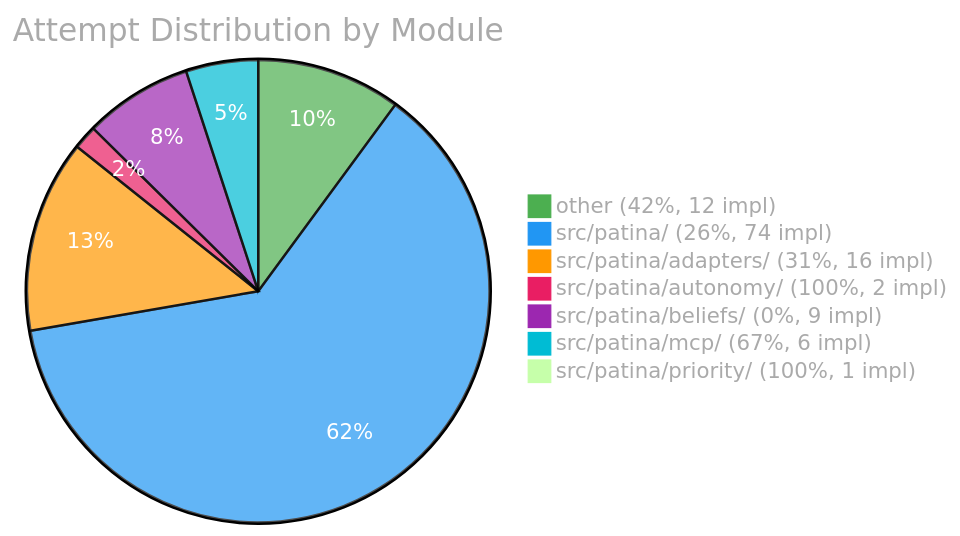
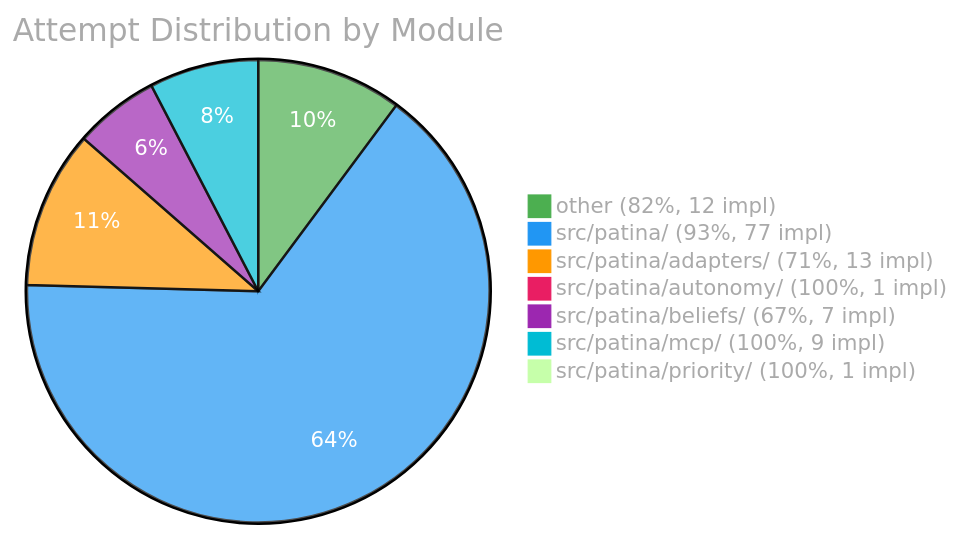
The third of 3 diagrams in EVAL.md (Bhavy-Ranka/patina), drawn with Mermaid before and after one commit. The commit also changed other lines of this file and 1 other file, not shown here.

````diff
--- a/EVAL.md
+++ b/EVAL.md
@@ -95,11 +98,11 @@
 ```mermaid
 %%{init: {'theme': 'base', 'themeVariables': {'pie1': '#4CAF50', 'pie2': '#2196F3', 'pie3': '#FF9800', 'pie4': '#E91E63', 'pie5': '#9C27B0', 'pie6': '#00BCD4', 'pieTitleTextColor': '#aaa', 'pieLegendTextColor': '#aaa', 'pieSectionTextColor': '#fff'}}}%%
 pie title Attempt Distribution by Module
-    "other (42%, 12 impl)" : 12
-    "src/patina/ (26%, 74 impl)" : 74
-    "src/patina/adapters/ (31%, 16 impl)" : 16
-    "src/patina/autonomy/ (100%, 2 impl)" : 2
-    "src/patina/beliefs/ (0%, 9 impl)" : 9
-    "src/patina/mcp/ (67%, 6 impl)" : 6
+    "other (82%, 12 impl)" : 12
+    "src/patina/ (93%, 77 impl)" : 77
+    "src/patina/adapters/ (71%, 13 impl)" : 13
+    "src/patina/autonomy/ (100%, 1 impl)" : 1
+    "src/patina/beliefs/ (67%, 7 impl)" : 7
+    "src/patina/mcp/ (100%, 9 impl)" : 9
     "src/patina/priority/ (100%, 1 impl)" : 1
 ```
````
